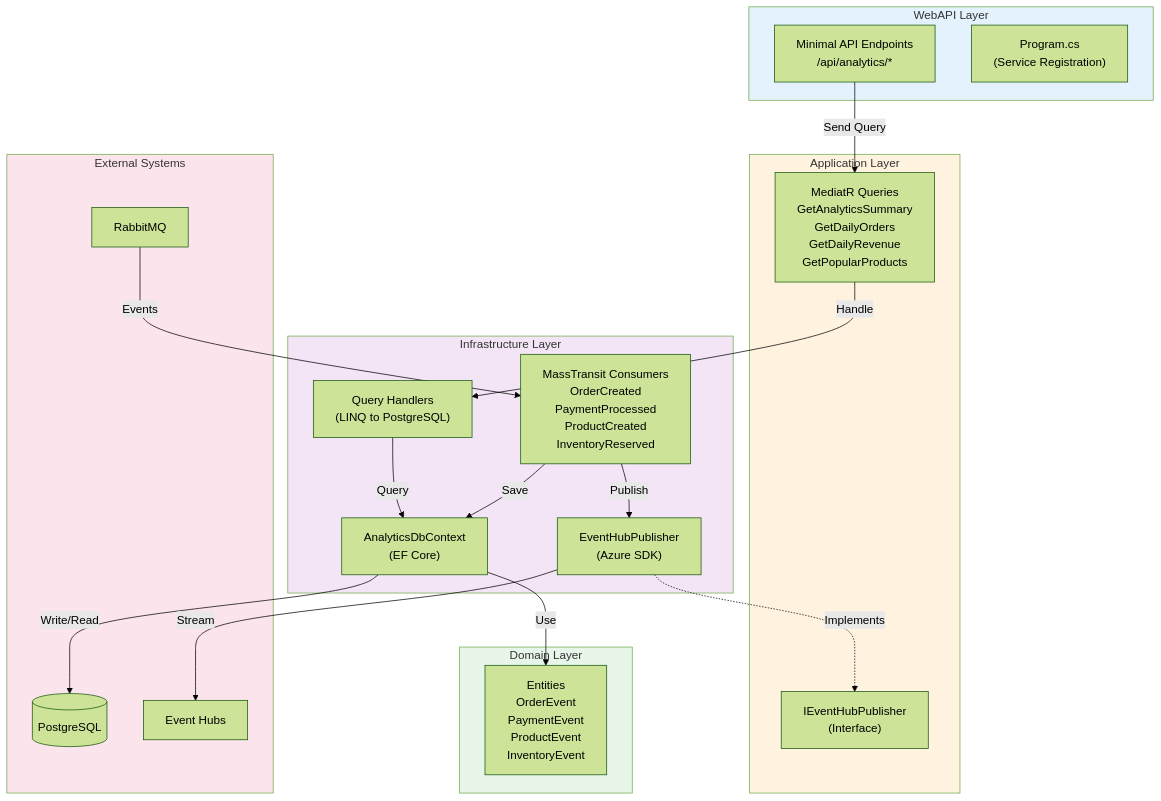
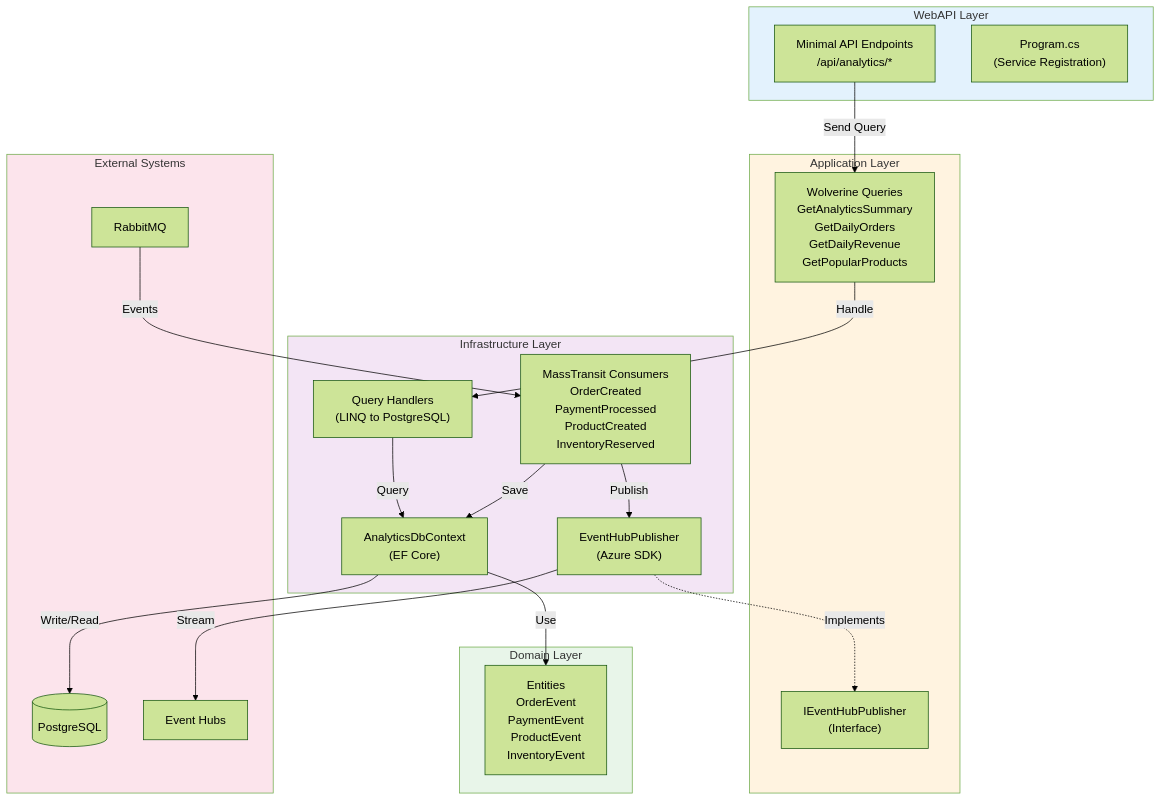
The fourth of 8 diagrams in docs/Analytics/Analytics-Architecture-Diagrams.md (joriente/microservices), drawn with Mermaid (forest theme) before and after one commit. The commit also changed other lines of this file and 87 other files, not shown here.

````diff
--- a/docs/Analytics/Analytics-Architecture-Diagrams.md
+++ b/docs/Analytics/Analytics-Architecture-Diagrams.md
@@ -251,46 +251,46 @@
 ```mermaid
 flowchart TB
     subgraph WebAPI["WebAPI Layer"]
         Endpoints["Minimal API Endpoints<br/>/api/analytics/*"]
         Program["Program.cs<br/>(Service Registration)"]
     end
     
     subgraph Application["Application Layer"]
-        Queries["MediatR Queries<br/>GetAnalyticsSummary<br/>GetDailyOrders<br/>GetDailyRevenue<br/>GetPopularProducts"]
+        Queries["Wolverine Queries<br/>GetAnalyticsSummary<br/>GetDailyOrders<br/>GetDailyRevenue<br/>GetPopularProducts"]
         IEventHub["IEventHubPublisher<br/>(Interface)"]
     end
     
     subgraph Infrastructure["Infrastructure Layer"]
         Consumers["MassTransit Consumers<br/>OrderCreated<br/>PaymentProcessed<br/>ProductCreated<br/>InventoryReserved"]
         Handlers["Query Handlers<br/>(LINQ to PostgreSQL)"]
         EventPub["EventHubPublisher<br/>(Azure SDK)"]
         DbContext["AnalyticsDbContext<br/>(EF Core)"]
     end
     
     subgraph Domain["Domain Layer"]
         Entities["Entities<br/>OrderEvent<br/>PaymentEvent<br/>ProductEvent<br/>InventoryEvent"]
     end
     
     subgraph External["External Systems"]
         RMQ[RabbitMQ]
         PG[(PostgreSQL)]
         EH[Event Hubs]
     end
     
     RMQ -->|Events| Consumers
     Consumers -->|Save| DbContext
     Consumers -->|Publish| EventPub
     DbContext -->|Write/Read| PG
     EventPub -->|Stream| EH
     Endpoints -->|Send Query| Queries
     Queries -->|Handle| Handlers
     Handlers -->|Query| DbContext
     DbContext -->|Use| Entities
     EventPub -.->|Implements| IEventHub
     
     style WebAPI fill:#e3f2fd
     style Application fill:#fff3e0
     style Infrastructure fill:#f3e5f5
     style Domain fill:#e8f5e9
     style External fill:#fce4ec
 ```
````
